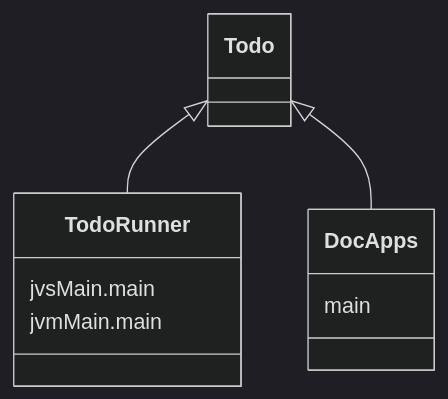
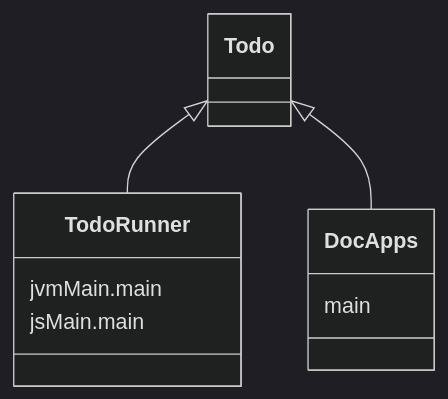
One commit to nacular/doodle-tutorials changed the diagram in site/docs/todo.mdx. Above: the diagram before and after it, drawn with Mermaid (dark theme). The commit also changed 43 other files, not shown here.

````diff
--- a/site/docs/todo.mdx
+++ b/site/docs/todo.mdx
@@ -37,8 +37,8 @@
 ```mermaid
  classDiagram
       Todo      <|-- TodoRunner
       Todo      <|-- DocApps
-      TodoRunner: jvsMain.main
       TodoRunner: jvmMain.main
+      TodoRunner: jsMain.main
       DocApps   : main
 ```
````
